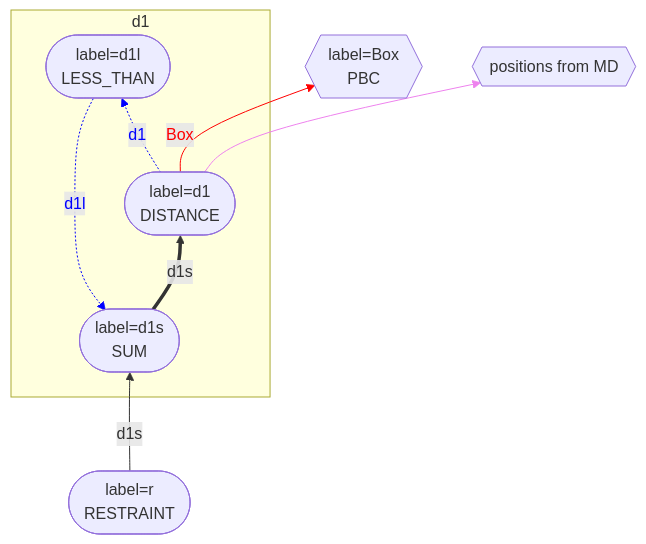
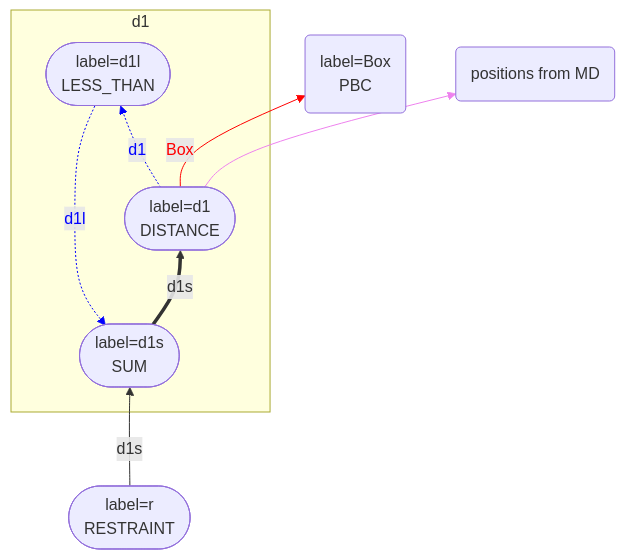
One commit to gtribello/plumed-thoughts changed the second of 2 diagrams in MultiColvar.md. Above: the diagram before and after it, drawn with Mermaid. The commit also changed other lines of this file and 1 other file, not shown here.

Commit message:
Changes to node shapes in the hope this fixes Github page renders

````diff
--- a/MultiColvar.md
+++ b/MultiColvar.md
@@ -81,26 +81,26 @@
 ```mermaid
 flowchart BT
 r(["label=r 
  RESTRAINT"])
 r -- d1s --> d1s
 subgraph subd1 [d1]
 d1(["label=d1
  DISTANCE"])
 d1l(["label=d1l
  LESS_THAN"])
 d1 -. d1 .-> d1l
 linkStyle 1 stroke:blue,color:blue;
 d1s(["label=d1s
  SUM"])
 d1l -. d1l .-> d1s
 linkStyle 2 stroke:blue,color:blue;
 end
 d1s == d1s ==> d1
-Box{{"label=Box
- PBC"}}
+Box("label=Box
+ PBC")
 d1 -- Box --> Box
 linkStyle 4 stroke:red,color:red;
 d1 --> MD
 linkStyle 5 stroke:violet,color:violet;
-MD{{"positions from MD"}}
+MD("positions from MD")
 ```
````
